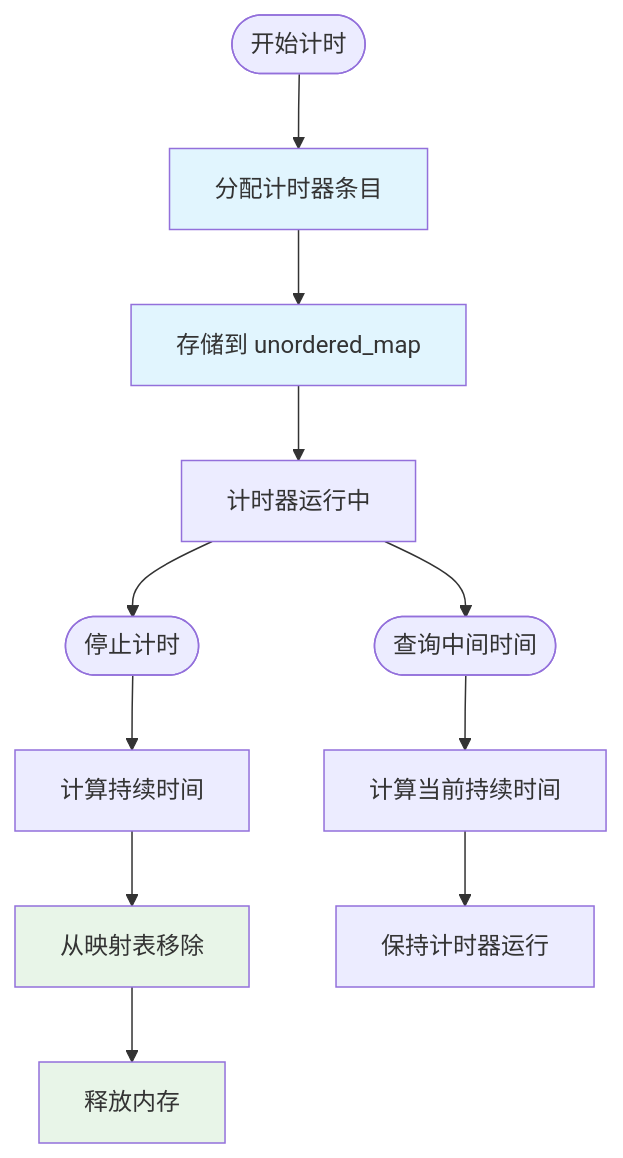
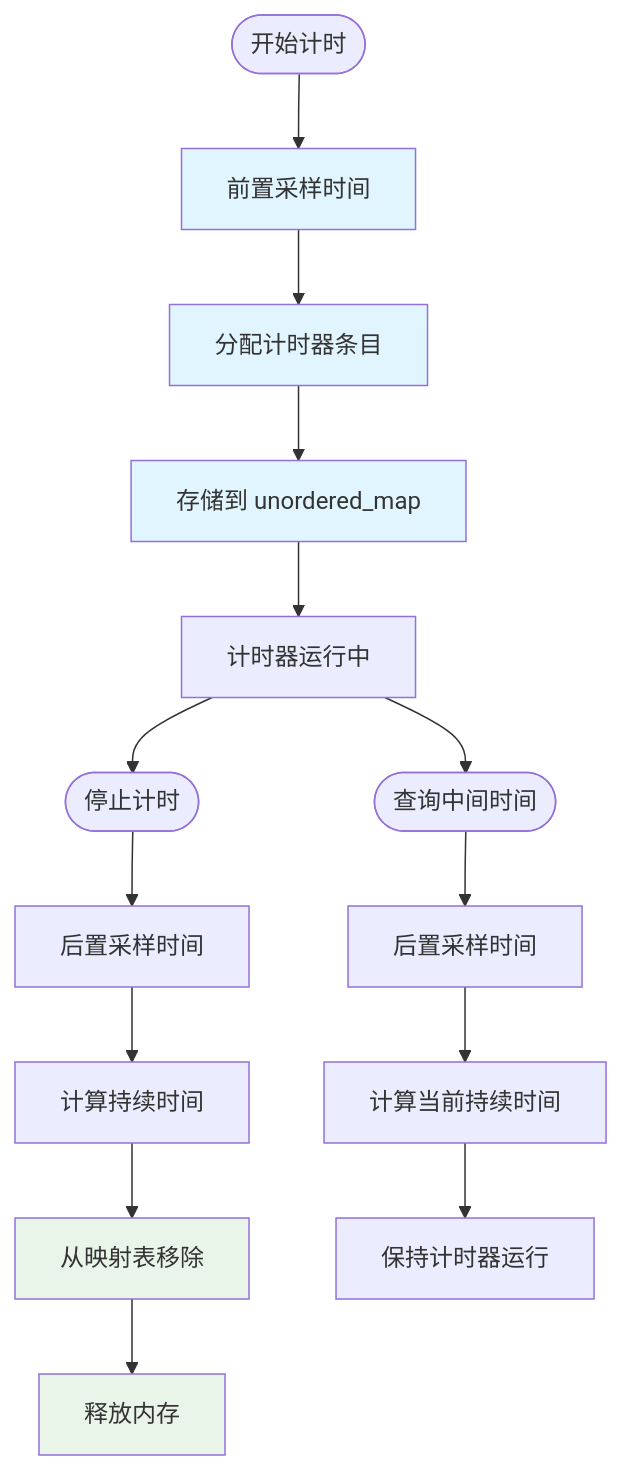
Diagram 19 of 20 in .qoder/repowiki/zh/content/实现细节/实现细节.md (xuetianhao98/chronometer), drawn with Mermaid before and after one commit. The commit also changed other lines of this file and 12 other files, not shown here.

````diff
--- a/.qoder/repowiki/zh/content/实现细节/实现细节.md
+++ b/.qoder/repowiki/zh/content/实现细节/实现细节.md
@@ -429,17 +680,21 @@
 ```mermaid
 flowchart TD
-Start([开始计时]) --> Allocate["分配计时器条目"]
+Start([开始计时]) --> PreSample["前置采样时间"]
+PreSample --> Allocate["分配计时器条目"]
 Allocate --> Store["存储到 unordered_map"]
 Store --> Running["计时器运行中"]
 Running --> Stop(["停止计时"])
-Stop --> Calculate["计算持续时间"]
+Stop --> PostSample["后置采样时间"]
+PostSample --> Calculate["计算持续时间"]
 Calculate --> Remove["从映射表移除"]
 Remove --> Cleanup["释放内存"]
 Running --> Elapsed(["查询中间时间"])
-Elapsed --> Calculate2["计算当前持续时间"]
+Elapsed --> PostSample2["后置采样时间"]
+PostSample2 --> Calculate2["计算当前持续时间"]
 Calculate2 --> Keep["保持计时器运行"]
+style PreSample fill:#e1f5fe
 style Allocate fill:#e1f5fe
 style Store fill:#e1f5fe
 style Remove fill:#e8f5e8
 style Cleanup fill:#e8f5e8
 ```
````
